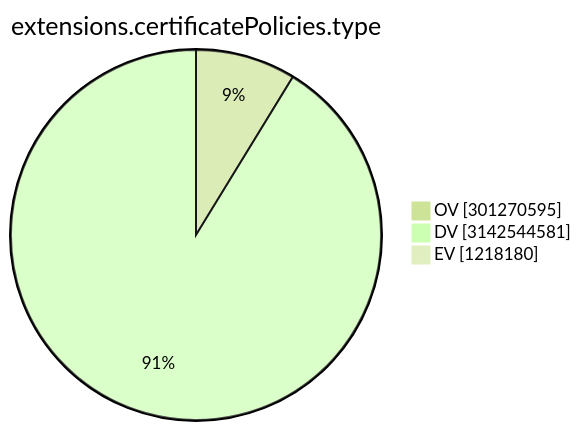
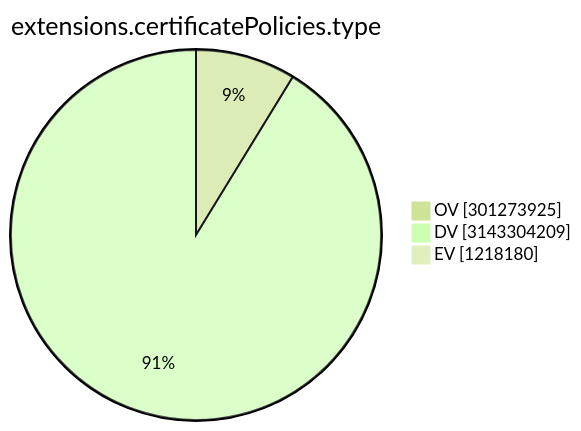
Before and after one commit to christiankrug/ctmonitor_visualization: the ninth of 15 diagrams in TOTAL/README.md, drawn with Mermaid (forest theme). The commit also changed other lines of this file, not shown here.

````diff
--- a/TOTAL/README.md
+++ b/TOTAL/README.md
@@ -3105,7 +3105,7 @@
 ```mermaid
 pie showData
 title extensions.certificatePolicies.type
-"OV" :301270595
-"DV" :3142544581
+"OV" :301273925
+"DV" :3143304209
 "EV" :1218180
 ```
````
